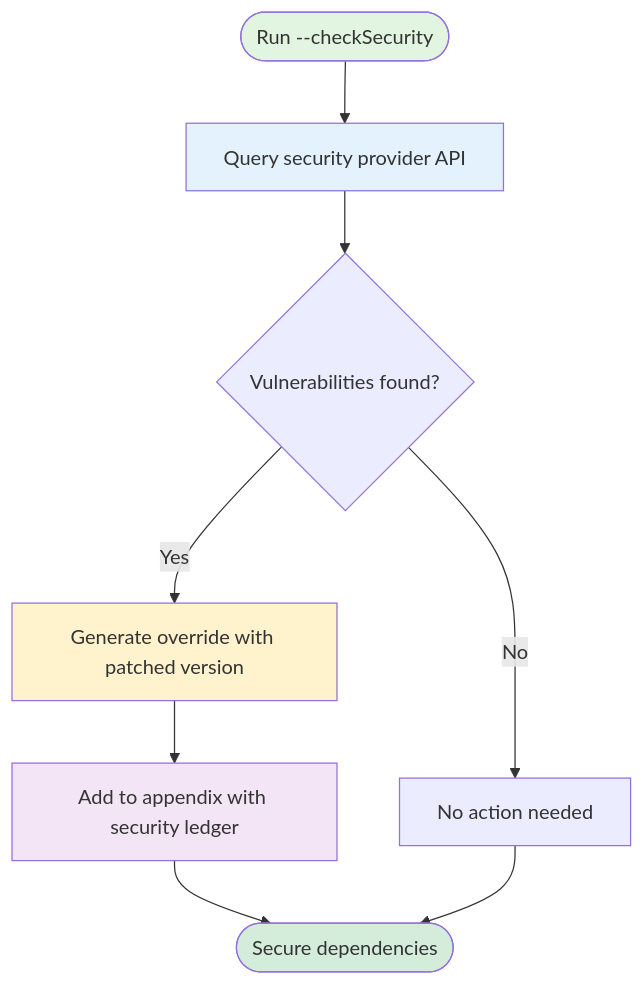
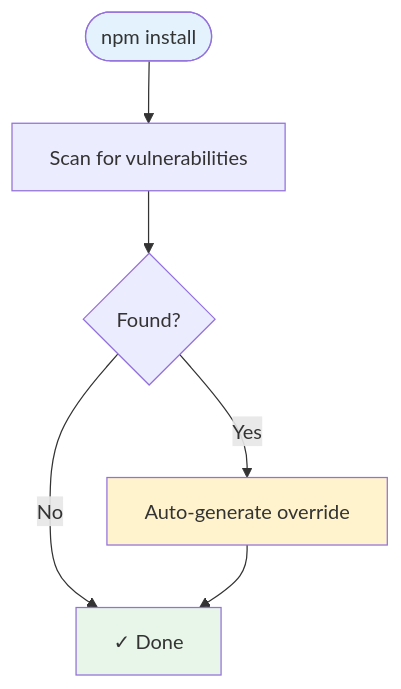
Before and after one commit to yowainwright/pastoralist: the fourth of 6 diagrams in README.md, drawn with Mermaid. The commit also changed other lines of this file and 10 other files, not shown here.

````diff
--- a/README.md
+++ b/README.md
@@ -203,16 +228,12 @@
 ```mermaid
 flowchart TD
-    Start([Run --checkSecurity]) --> Provider[Query security provider API]
-    Provider --> Detect{Vulnerabilities found?}
-    Detect -->|Yes| Fix[Generate override with patched version]
-    Detect -->|No| Safe[No action needed]
-    Fix --> Track[Add to appendix with security ledger]
-    Track --> End([Secure dependencies])
-    Safe --> End
+    Start([npm install]) --> Scan[Scan for vulnerabilities]
+    Scan --> Detect{Found?}
+    Detect -->|Yes| Fix[Auto-generate override]
+    Detect -->|No| Done[✓ Done]
+    Fix --> Done
 
-    style Start fill:#e1f5e1
-    style End fill:#d4edda
-    style Provider fill:#e3f2fd
+    style Start fill:#e3f2fd
     style Fix fill:#fff3cd
-    style Track fill:#f3e5f5
+    style Done fill:#e8f5e9
 ```
````
